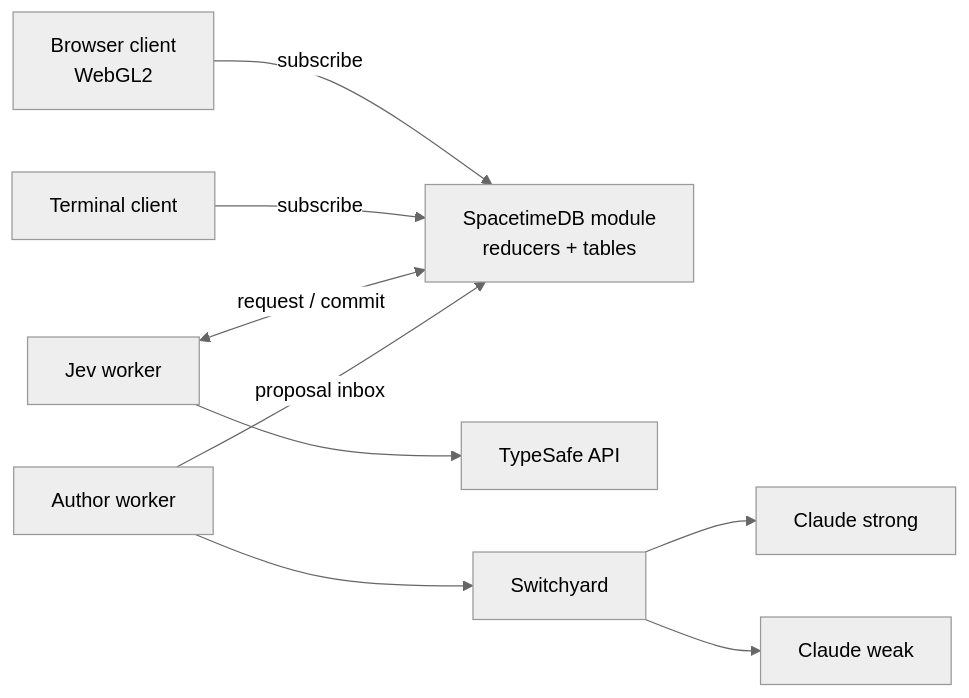
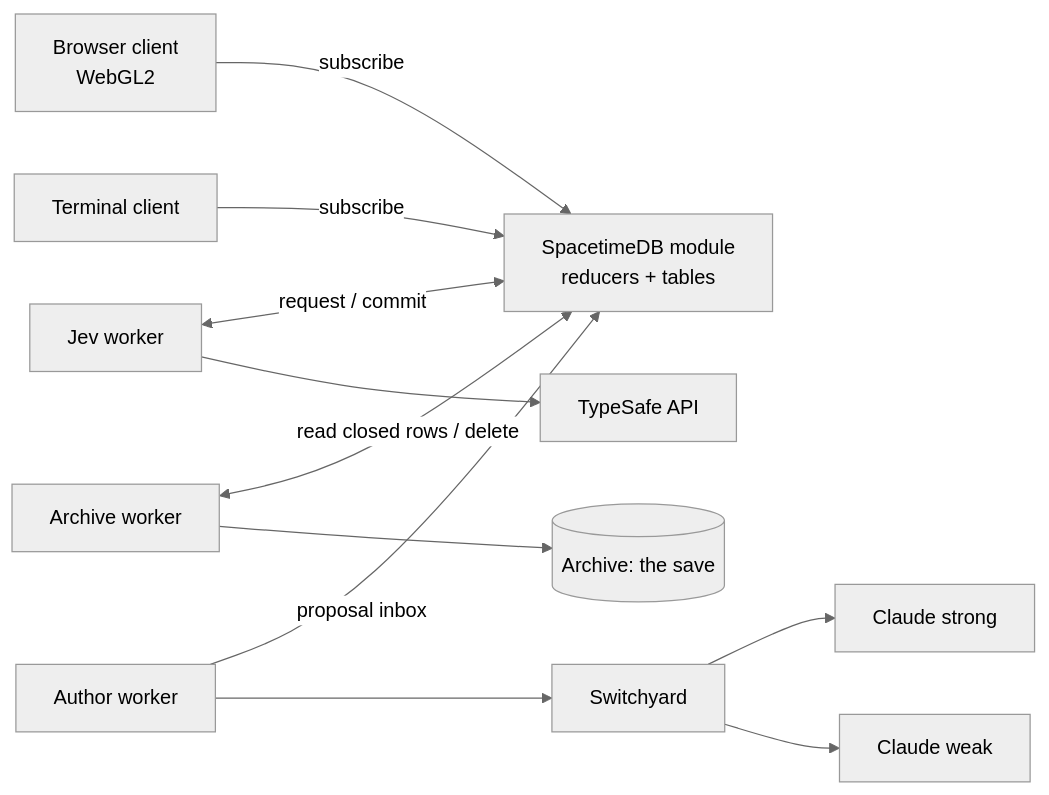
One commit to lmvdz/rpg-jev changed the third of 3 diagrams in SPEC.md. Above: the diagram before and after it, drawn with Mermaid (neutral theme). The commit also changed other lines of this file and 1 other file, not shown here.

````diff
--- a/SPEC.md
+++ b/SPEC.md
@@ -649,11 +657,13 @@
 ```mermaid
 flowchart LR
   B[Browser client<br/>WebGL2] -->|subscribe| S[SpacetimeDB module<br/>reducers + tables]
   T[Terminal client] -->|subscribe| S
   J[Jev worker] <-->|request / commit| S
+  R[Archive worker] <-->|read closed rows / delete| S
+  R --> F[(Archive: the save)]
   A[Author worker] -->|proposal inbox| S
   J --> TS[TypeSafe API]
   A --> W[Switchyard]
   W --> C1[Claude strong]
   W --> C2[Claude weak]
 ```
````
